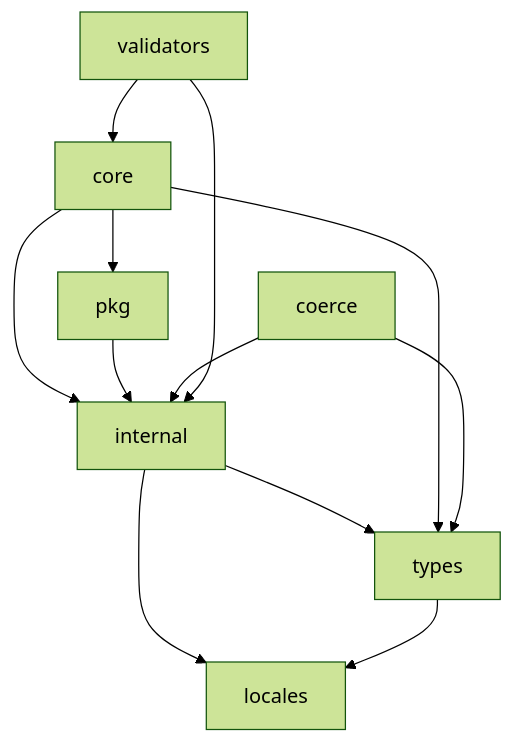
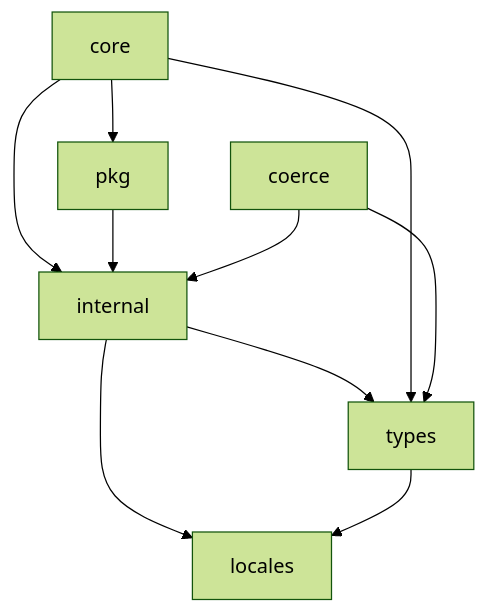
One commit to kaptinlin/gozod changed the diagram in .cursor/rules/project-structure.mdc. Above: the diagram before and after it, drawn with Mermaid (forest theme). The commit also changed other lines of this file and 86 other files, not shown here.

First line of the commit message:
feat: add tuple type, metadata API, i18n locales and JSON schema improvements

````diff
--- a/.cursor/rules/project-structure.mdc
+++ b/.cursor/rules/project-structure.mdc
@@ -40,14 +39,12 @@
 ```mermaid
 graph TD;
   core --> internal;
   core --> pkg;
   pkg  --> internal;
   internal --> types;
   core --> types;
   internal --> locales;
   types --> locales;
   coerce --> types;
   coerce --> internal;
-  validators --> core;
-  validators --> internal;
 ```
````
